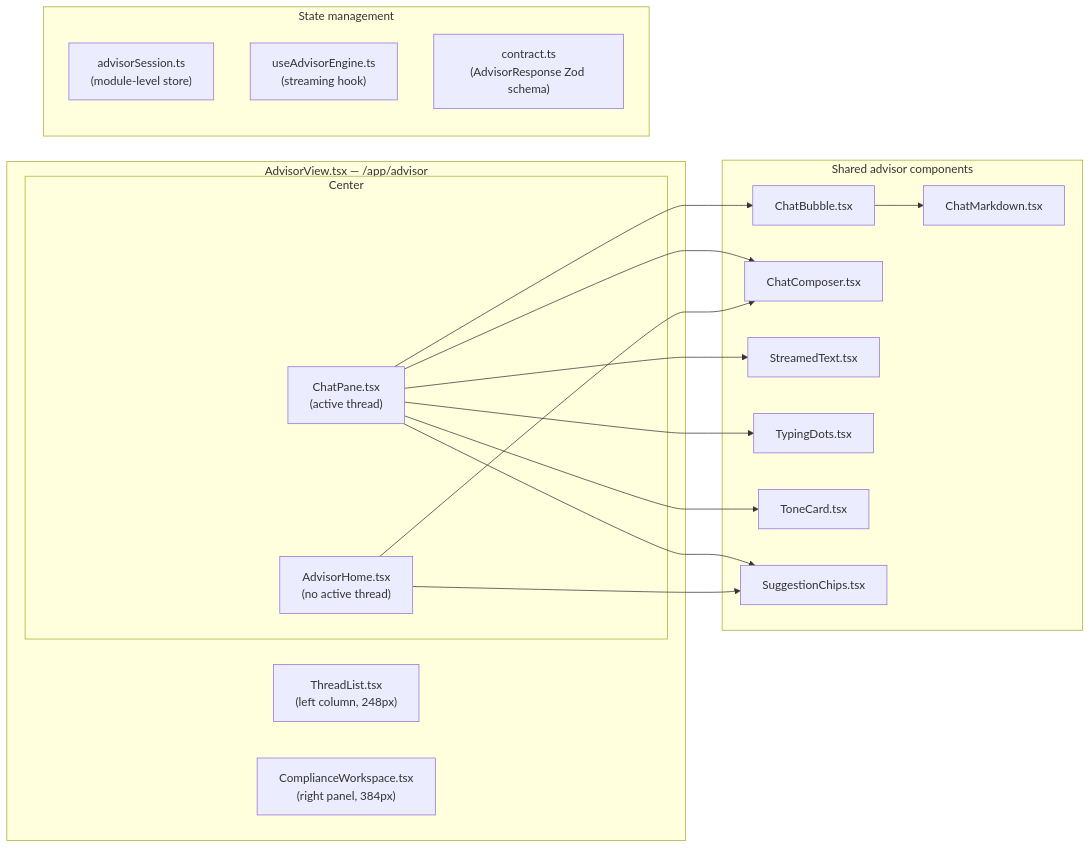
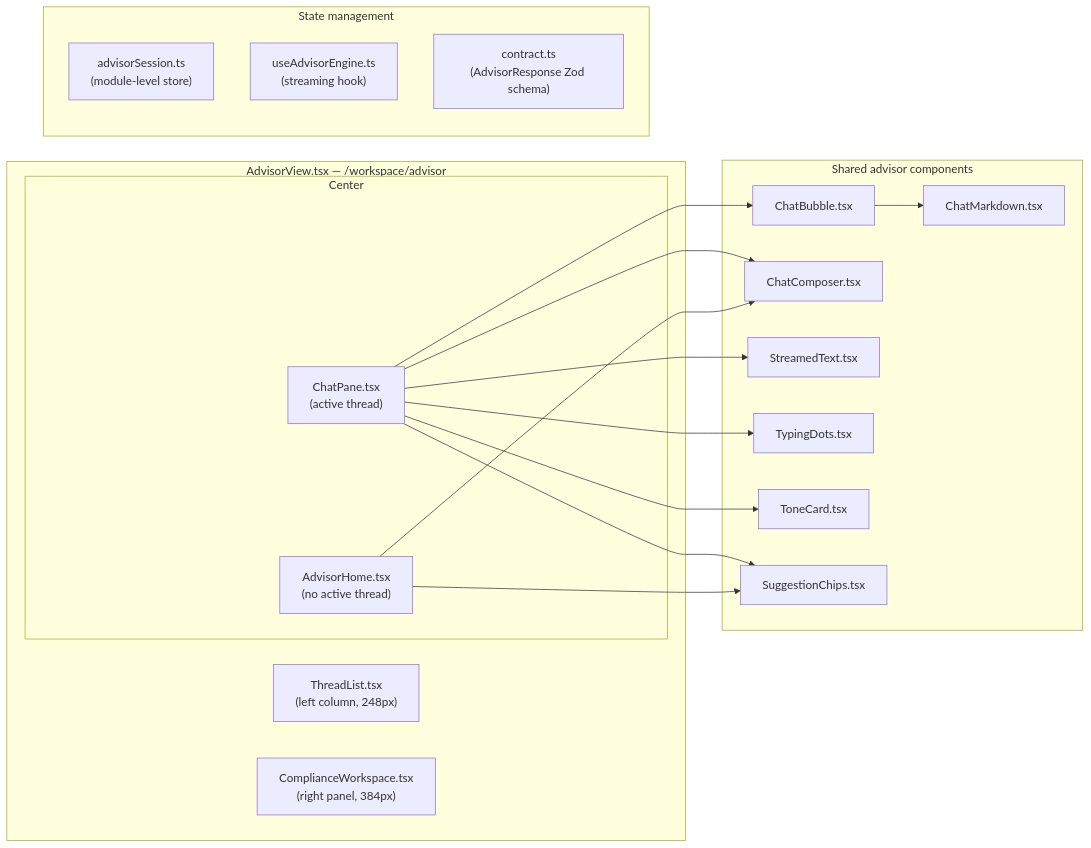
Before and after one commit to Dutiva-Canada/Dutiva_Web: the second of 3 diagrams in docs/wiki/AI-Advisor-System.md, drawn with Mermaid. The commit also changed other lines of this file and 107 other files, not shown here.

````diff
--- a/docs/wiki/AI-Advisor-System.md
+++ b/docs/wiki/AI-Advisor-System.md
@@ -120,37 +120,37 @@
 ```mermaid
 flowchart LR
-    subgraph AdvisorViewLayout["AdvisorView.tsx — /app/advisor"]
+    subgraph AdvisorViewLayout["AdvisorView.tsx — /workspace/advisor"]
         TL["ThreadList.tsx\n(left column, 248px)"]
         subgraph Center["Center"]
             AH["AdvisorHome.tsx\n(no active thread)"]
             CP["ChatPane.tsx\n(active thread)"]
         end
         CW["ComplianceWorkspace.tsx\n(right panel, 384px)"]
     end
 
     subgraph SharedComponents["Shared advisor components"]
         CB["ChatBubble.tsx"]
         CC["ChatComposer.tsx"]
         ST["StreamedText.tsx"]
         TD["TypingDots.tsx"]
         TC["ToneCard.tsx"]
         SC["SuggestionChips.tsx"]
         CM["ChatMarkdown.tsx"]
     end
 
     subgraph State["State management"]
         AS["advisorSession.ts\n(module-level store)"]
         AE["useAdvisorEngine.ts\n(streaming hook)"]
         Contract["contract.ts\n(AdvisorResponse Zod schema)"]
     end
 
     CP --> CB
     CP --> CC
     CP --> ST
     CP --> TD
     CP --> TC
     CP --> SC
     AH --> CC
     AH --> SC
     CB --> CM
 ```
````
